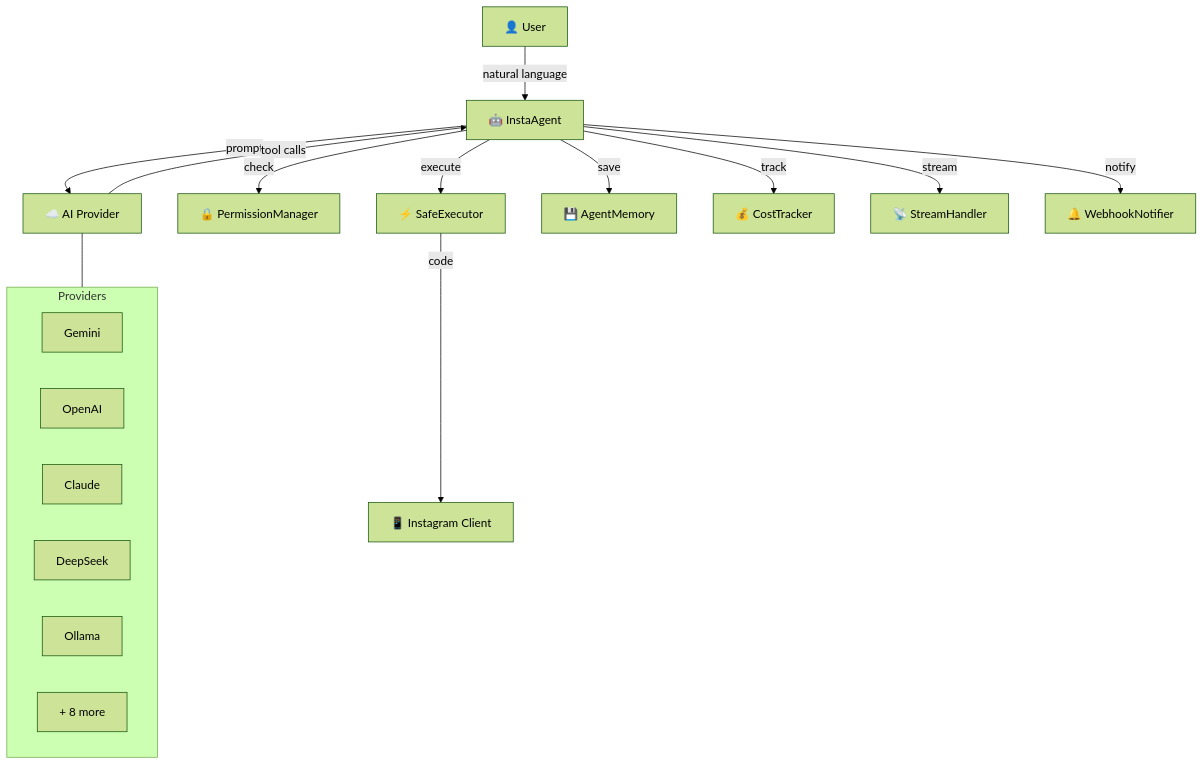
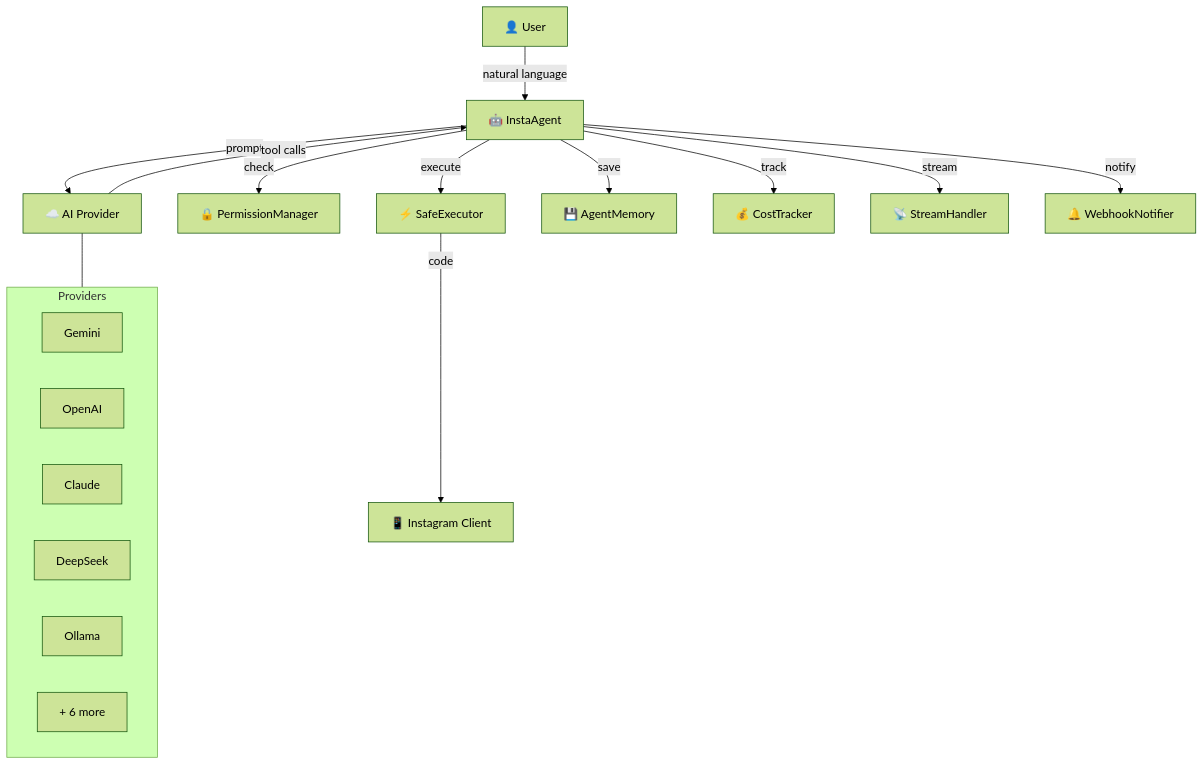
Before and after one commit to mpython77/instaharvest_v2: the first of 2 diagrams in docs/agent/architecture.md, drawn with Mermaid (forest theme). The commit also changed other lines of this file and 35 other files, not shown here.

````diff
--- a/docs/agent/architecture.md
+++ b/docs/agent/architecture.md
@@ -5,24 +5,24 @@
 ```mermaid
 graph TB
     User["👤 User"] -->|natural language| Agent["🤖 InstaAgent"]
     Agent -->|prompt| Provider["☁️ AI Provider"]
     Provider -->|tool calls| Agent
     Agent -->|check| Perm["🔒 PermissionManager"]
     Agent -->|execute| Exec["⚡ SafeExecutor"]
     Exec -->|code| IG["📱 Instagram Client"]
     Agent -->|save| Mem["💾 AgentMemory"]
     Agent -->|track| Cost["💰 CostTracker"]
     Agent -->|stream| Stream["📡 StreamHandler"]
     Agent -->|notify| Hook["🔔 WebhookNotifier"]
 
     subgraph Providers
         Gemini["Gemini"]
         OpenAI["OpenAI"]
         Claude["Claude"]
         DeepSeek["DeepSeek"]
         Ollama["Ollama"]
-        More["+ 8 more"]
+        More["+ 6 more"]
     end
 
     Provider --- Providers
 ```
````
